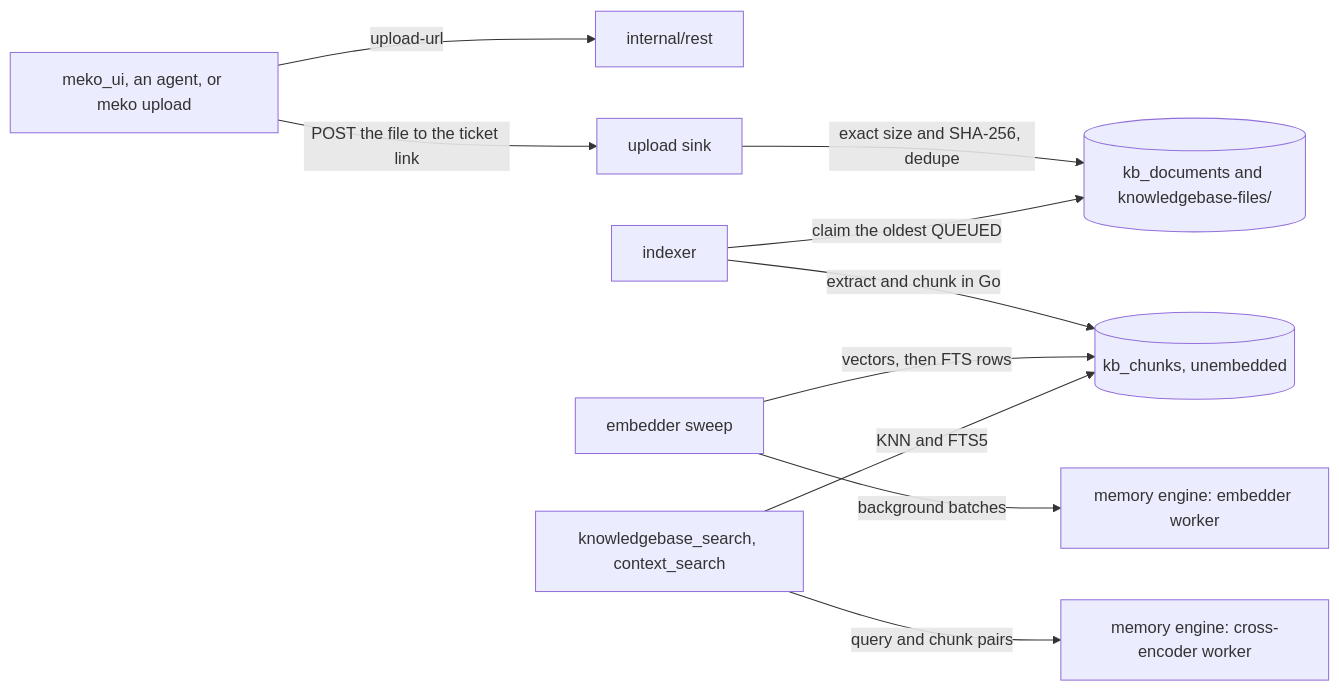
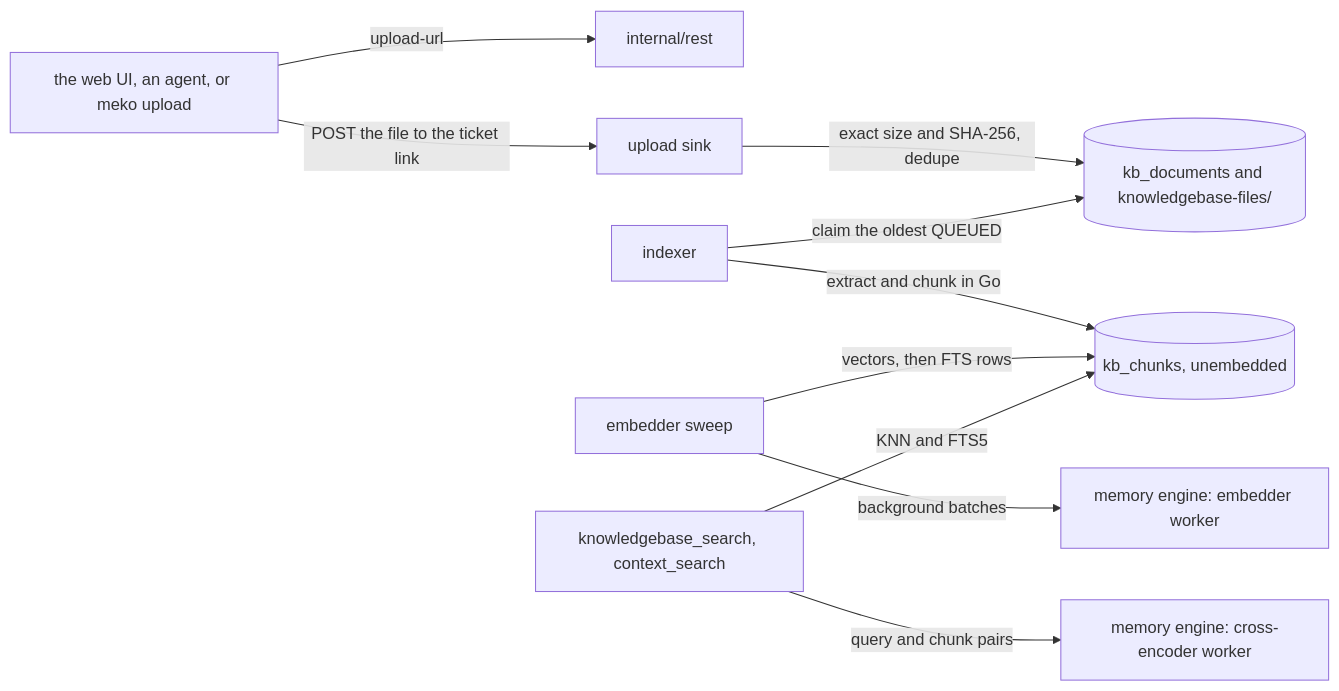
One commit to yugabyte/meko changed the diagram in backend/docs/knowledge.md. Above: the diagram before and after it, drawn with Mermaid. The commit also changed other lines of this file and 20 other files, not shown here.

````diff
--- a/backend/docs/knowledge.md
+++ b/backend/docs/knowledge.md
@@ -43,12 +39,12 @@
 ```mermaid
 flowchart LR
-  caller["meko_ui, an agent, or meko upload"] -->|"upload-url"| rest["internal/rest"]
+  caller["the web UI, an agent, or meko upload"] -->|"upload-url"| rest["internal/rest"]
   caller -->|"POST the file to the ticket link"| sink["upload sink"]
   sink -->|"exact size and SHA-256, dedupe"| docs[("kb_documents and knowledgebase-files/")]
   idx["indexer"] -->|"claim the oldest QUEUED"| docs
   idx -->|"extract and chunk in Go"| chunks[("kb_chunks, unembedded")]
   sweep["embedder sweep"] -->|"background batches"| emb["memory engine: embedder worker"]
   sweep -->|"vectors, then FTS rows"| chunks
   search["knowledgebase_search, context_search"] -->|"KNN and FTS5"| chunks
   search -->|"query and chunk pairs"| rr["memory engine: cross-encoder worker"]
 ```
````
